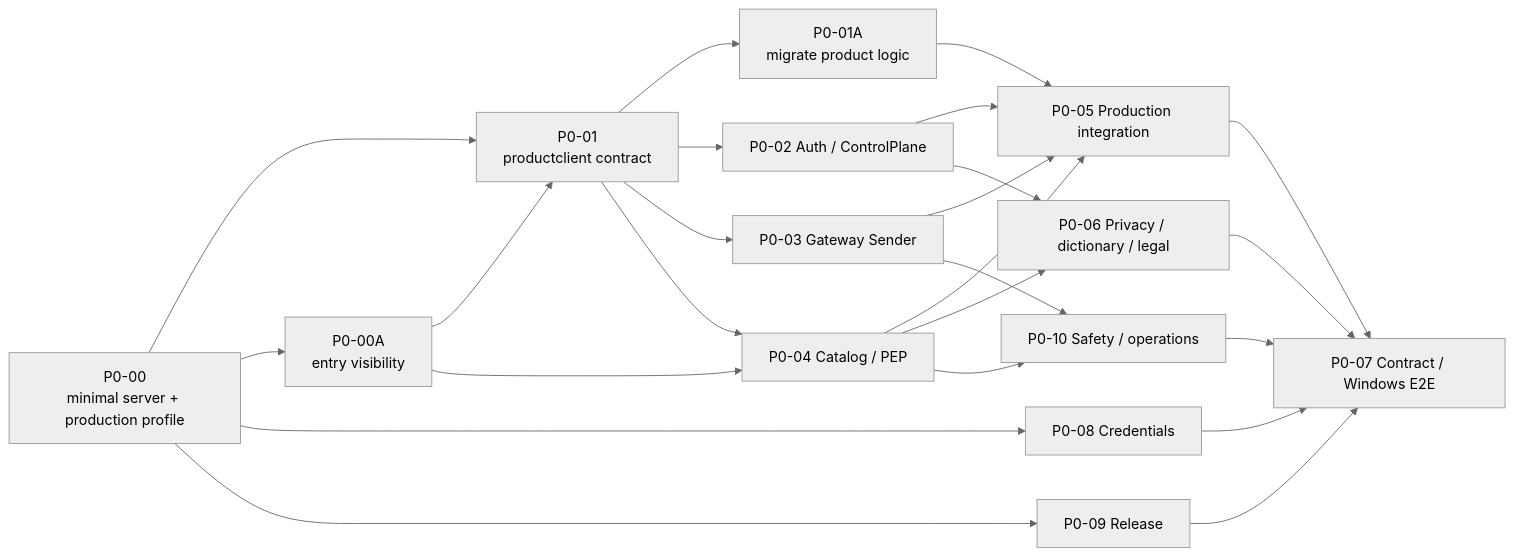
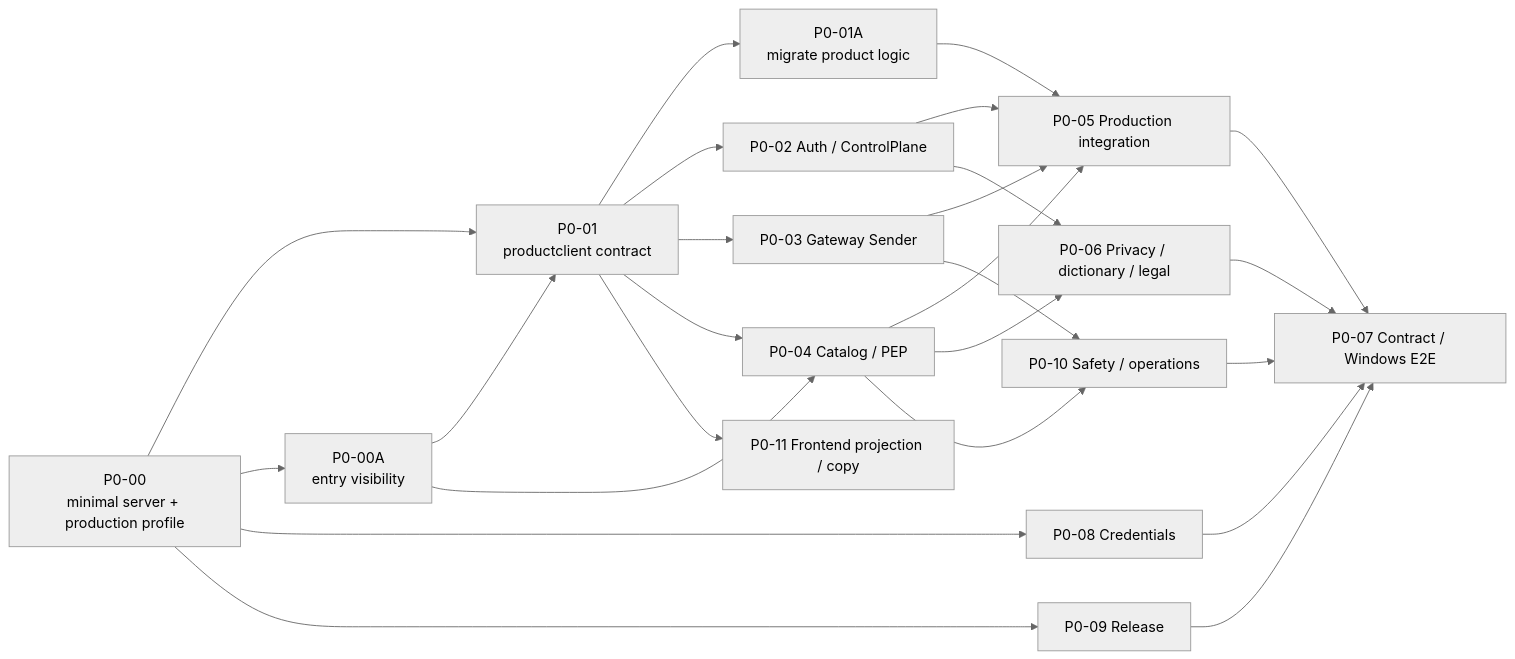
The second of 2 diagrams in dev-docs-usdable/需求/20260909/P0-正式服务与Agent演进/README.md (USDAble/buding-box-client), drawn with Mermaid (neutral theme) before and after one commit. The commit also changed other lines of this file and 27 other files, not shown here.

````diff
--- a/dev-docs-usdable/需求/20260909/P0-正式服务与Agent演进/README.md
+++ b/dev-docs-usdable/需求/20260909/P0-正式服务与Agent演进/README.md
@@ -67,26 +68,27 @@
 ```mermaid
 flowchart LR
     Z[P0-00<br/>minimal server + production profile] --> A[P0-01<br/>productclient contract]
     Z --> ZA[P0-00A<br/>entry visibility]
     ZA --> A
     A --> AA[P0-01A<br/>migrate product logic]
     A --> B[P0-02 Auth / ControlPlane]
     A --> C[P0-03 Gateway Sender]
     A --> D[P0-04 Catalog / PEP]
+    A --> N[P0-11 Frontend projection / copy]
     ZA --> D
     Z --> H[P0-08 Credentials]
     Z --> I[P0-09 Release]
     B --> E[P0-05 Production integration]
     C --> E
     D --> E
     AA --> E
     B --> F[P0-06 Privacy / dictionary / legal]
     D --> F
     C --> J[P0-10 Safety / operations]
     D --> J
     E --> G[P0-07 Contract / Windows E2E]
     F --> G
     H --> G
     I --> G
     J --> G
 ```
````
